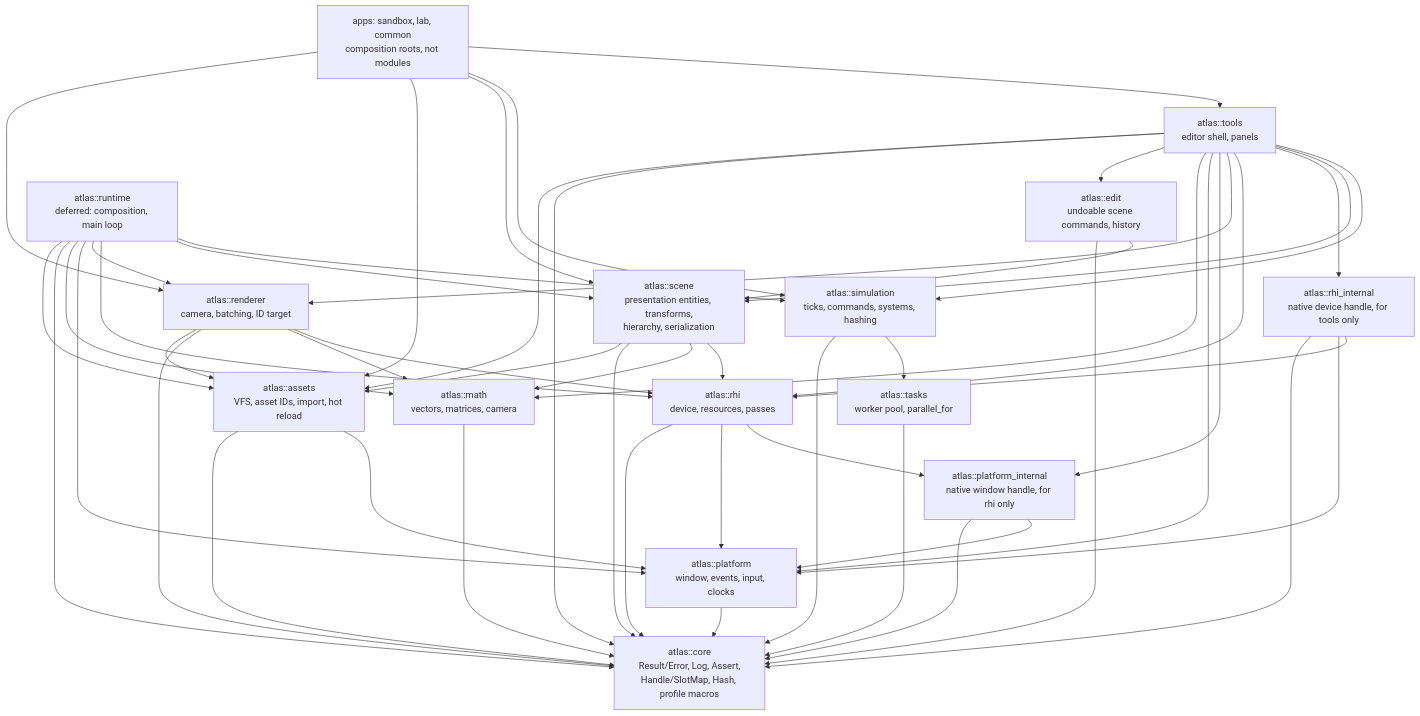
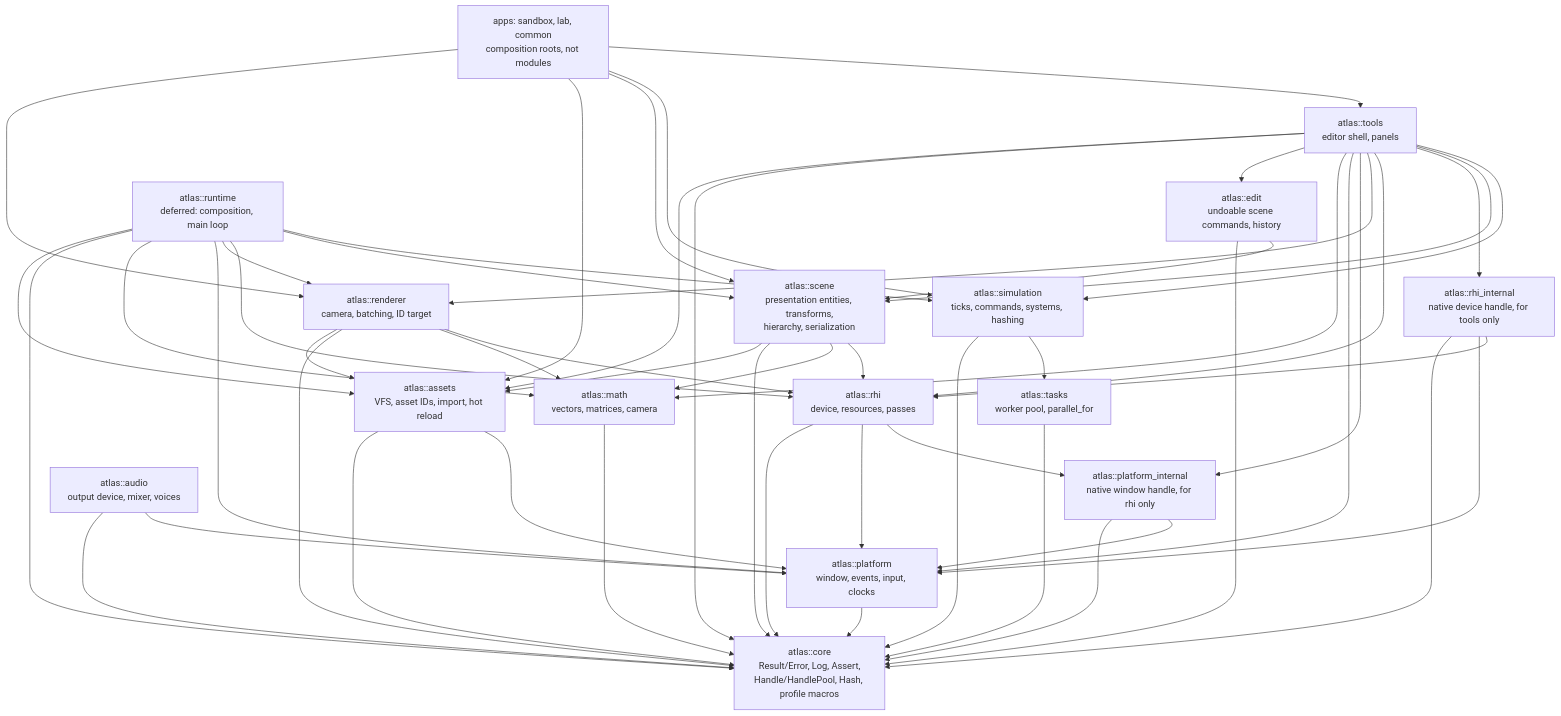
The first of 2 diagrams in docs/ARCHITECTURE.md (happyc0der/atlas-engine), drawn with Mermaid before and after one commit. The commit also changed 22 other files, not shown here.

````diff
--- a/docs/ARCHITECTURE.md
+++ b/docs/ARCHITECTURE.md
@@ -11,69 +11,72 @@
 ```mermaid
 graph TD
-  core[atlas::core<br/>Result/Error, Log, Assert,<br/>Handle/SlotMap, Hash, profile macros]
+  core[atlas::core<br/>Result/Error, Log, Assert,<br/>Handle/HandlePool, Hash, profile macros]
   math[atlas::math<br/>vectors, matrices, camera]
   platform[atlas::platform<br/>window, events, input, clocks]
   platform_internal[atlas::platform_internal<br/>native window handle, for rhi only]
   tasks[atlas::tasks<br/>worker pool, parallel_for]
   rhi[atlas::rhi<br/>device, resources, passes]
   rhi_internal[atlas::rhi_internal<br/>native device handle, for tools only]
   renderer[atlas::renderer<br/>camera, batching, ID target]
   assets[atlas::assets<br/>VFS, asset IDs, import, hot reload]
+  audio[atlas::audio<br/>output device, mixer, voices]
   scene[atlas::scene<br/>presentation entities, transforms,<br/>hierarchy, serialization]
   edit[atlas::edit<br/>undoable scene commands, history]
   simulation[atlas::simulation<br/>ticks, commands, systems, hashing]
   runtime[atlas::runtime<br/>deferred: composition, main loop]
   tools[atlas::tools<br/>editor shell, panels]
   apps[apps: sandbox, lab, common<br/>composition roots, not modules]
 
   math --> core
   platform --> core
   platform_internal --> core
   platform_internal --> platform
   tasks --> core
   rhi --> core
   rhi --> platform
   rhi --> platform_internal
   rhi_internal --> core
   rhi_internal --> platform
   rhi_internal --> rhi
   renderer --> assets
   renderer --> core
   renderer --> math
   renderer --> rhi
   assets --> core
   assets --> platform
+  audio --> core
+  audio --> platform
   scene --> assets
   scene --> core
   scene --> math
   scene --> rhi
   edit --> core
   edit --> scene
   simulation --> core
   simulation --> tasks
   runtime --> assets
   runtime --> core
   runtime --> math
   runtime --> platform
   runtime --> renderer
   runtime --> rhi
   runtime --> scene
   runtime --> simulation
   tools --> assets
   tools --> core
   tools --> edit
   tools --> math
   tools --> platform
   tools --> platform_internal
   tools --> renderer
   tools --> rhi
   tools --> rhi_internal
   tools --> scene
   tools --> simulation
 
   apps --> renderer
   apps --> assets
   apps --> scene
   apps --> simulation
   apps --> tools
 ```
````
